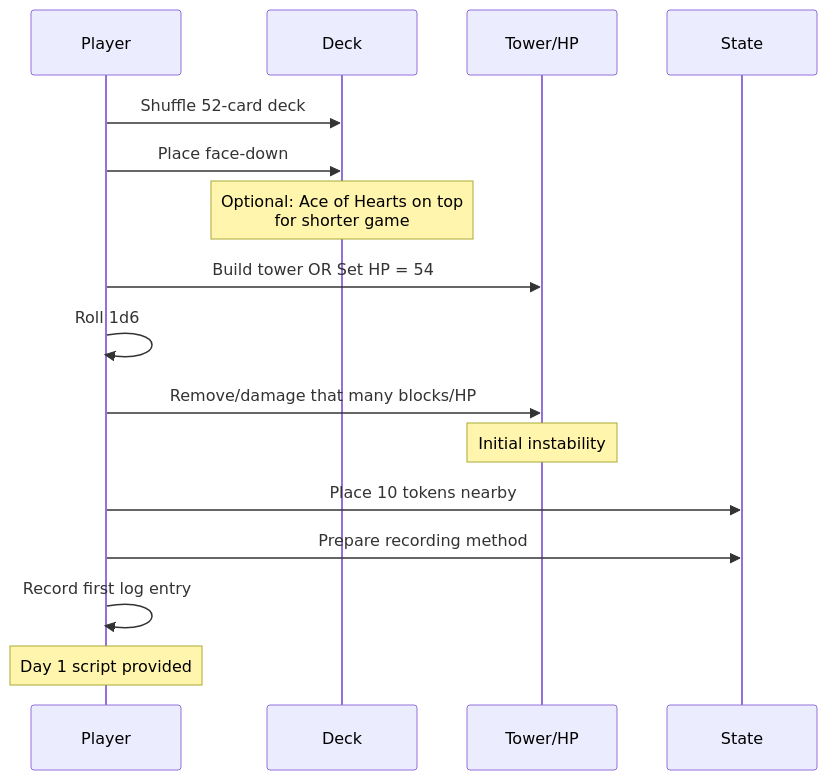
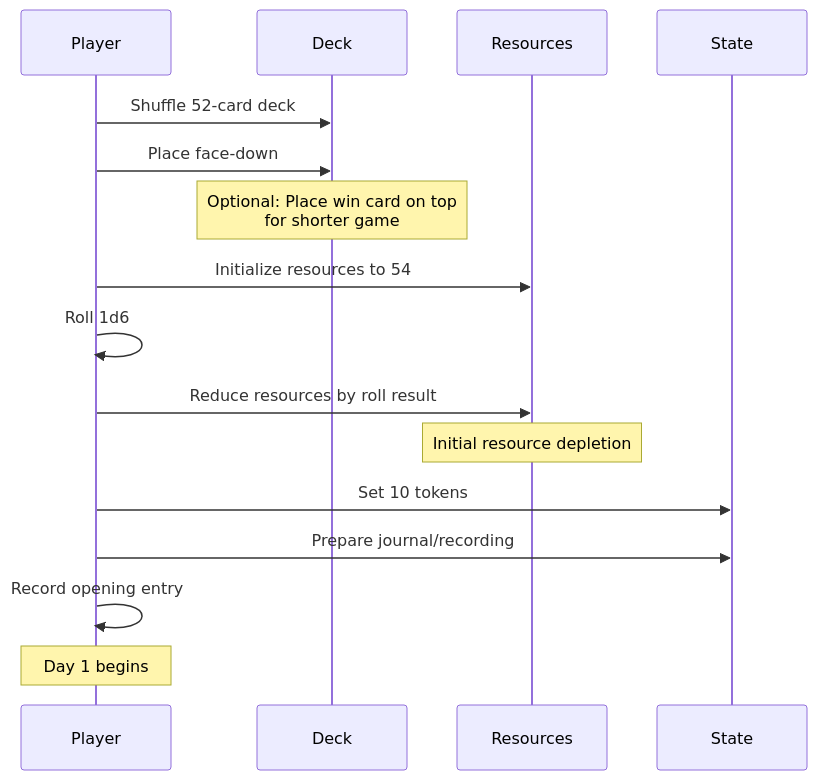
Before and after one commit to dimm-city/dc-solo-rpg: the third of 13 diagrams in docs/wretched-alone-mechanics-guide.md, drawn with Mermaid. The commit also changed other lines of this file, not shown here.

````diff
--- a/docs/wretched-alone-mechanics-guide.md
+++ b/docs/wretched-alone-mechanics-guide.md
@@ -114,21 +121,21 @@
 ```mermaid
 sequenceDiagram
     participant P as Player
     participant D as Deck
-    participant T as Tower/HP
+    participant R as Resources
     participant S as State
 
     P->>D: Shuffle 52-card deck
     P->>D: Place face-down
-    Note over D: Optional: Ace of Hearts on top<br/>for shorter game
+    Note over D: Optional: Place win card on top<br/>for shorter game
 
-    P->>T: Build tower OR Set HP = 54
+    P->>R: Initialize resources to 54
     P->>P: Roll 1d6
-    P->>T: Remove/damage that many blocks/HP
-    Note over T: Initial instability
+    P->>R: Reduce resources by roll result
+    Note over R: Initial resource depletion
 
-    P->>S: Place 10 tokens nearby
-    P->>S: Prepare recording method
-    P->>P: Record first log entry
-    Note over P: Day 1 script provided
+    P->>S: Set 10 tokens
+    P->>S: Prepare journal/recording
+    P->>P: Record opening entry
+    Note over P: Day 1 begins
 ```
````
